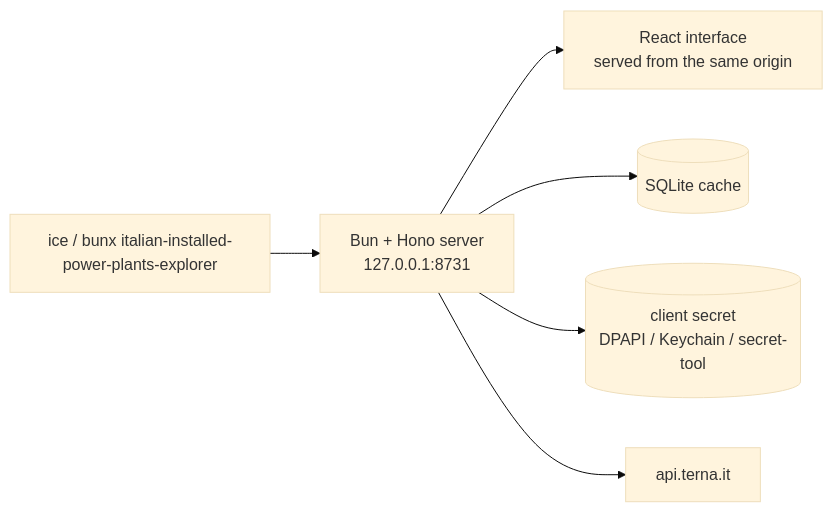
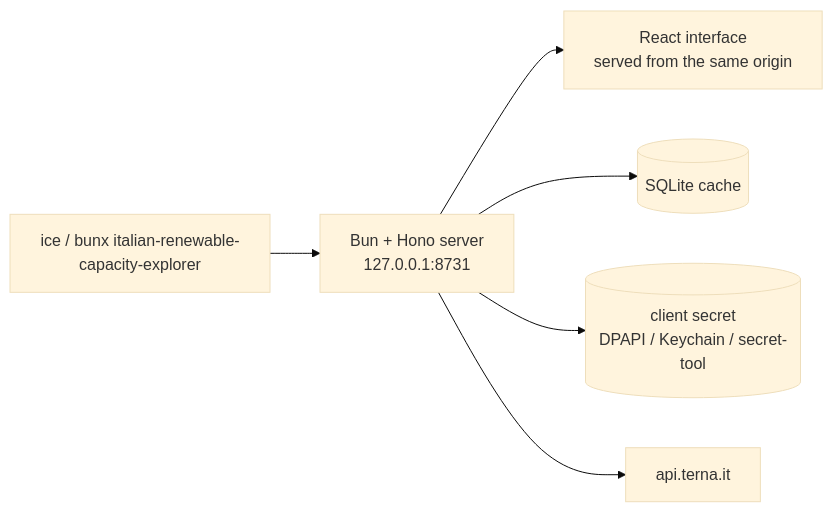
Before and after one commit to tomdacu/italian-installed-power-plants-explorer: the diagram in README.md, drawn with Mermaid (base theme). The commit also changed other lines of this file and 26 other files, not shown here.

First line of the commit message:
Final name: Italian Renewable Capacity Explorer

````diff
--- a/README.md
+++ b/README.md
@@ -61,8 +62,8 @@
 ```mermaid
 flowchart LR
-  CLI["ice / bunx italian-installed-power-plants-explorer"] --> SRV["Bun + Hono server<br/>127.0.0.1:8731"]
+  CLI["ice / bunx italian-renewable-capacity-explorer"] --> SRV["Bun + Hono server<br/>127.0.0.1:8731"]
   SRV --> SPA["React interface<br/>served from the same origin"]
   SRV --> DB[("SQLite cache")]
   SRV --> SEC[("client secret<br/>DPAPI / Keychain / secret-tool")]
   SRV --> TERNA["api.terna.it"]
 ```
````
